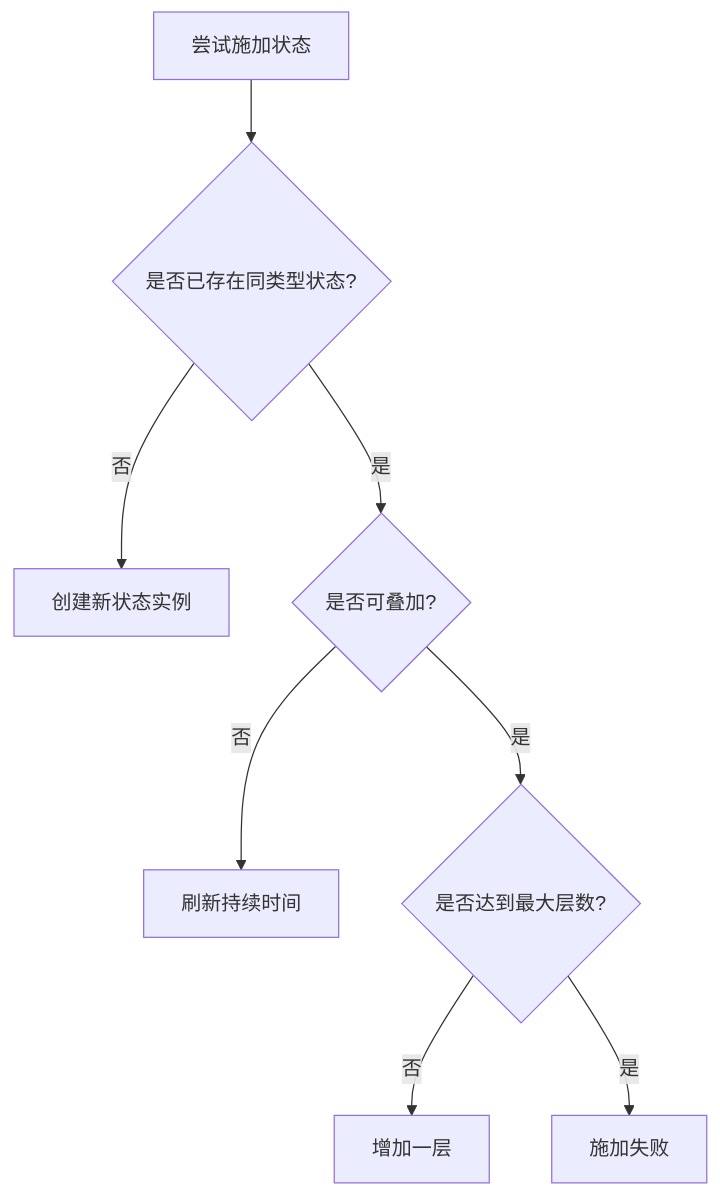
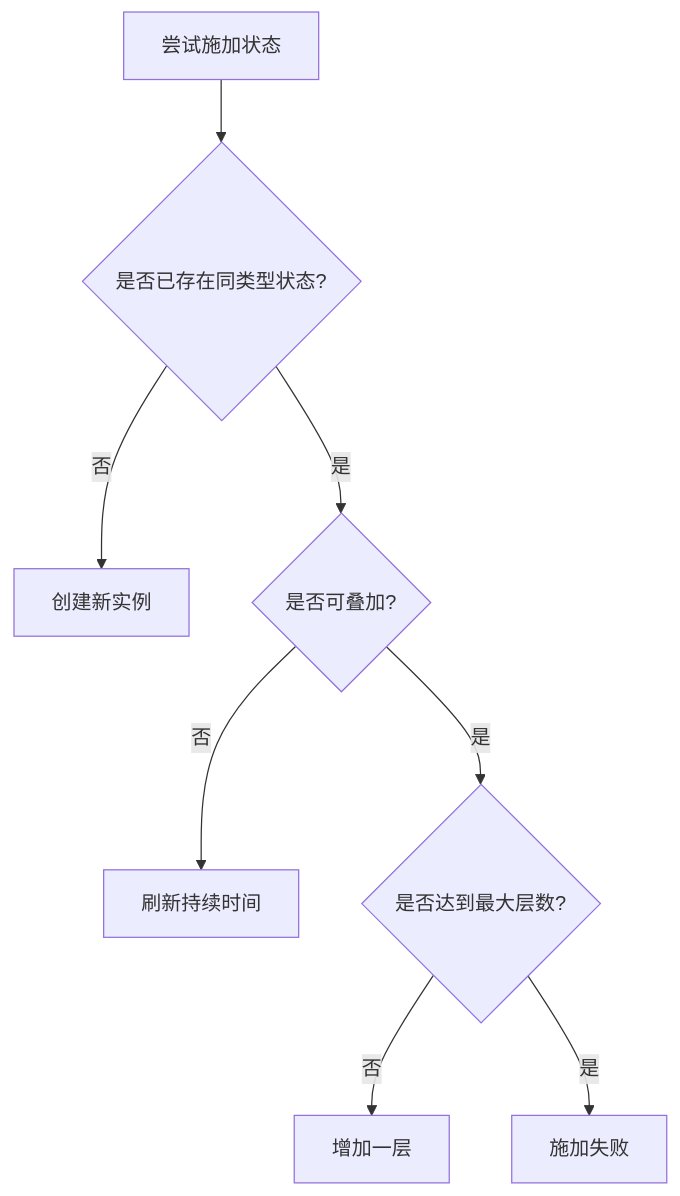
The first of 5 diagrams in .qoder/repowiki/zh/content/核心功能模块/战斗系统/战斗流程/回合执行/状态效果系统.md (ChurchTao/Daoyou), drawn with Mermaid before and after one commit. The commit also changed other lines of this file and 41 other files, not shown here.

````diff
--- a/.qoder/repowiki/zh/content/核心功能模块/战斗系统/战斗流程/回合执行/状态效果系统.md
+++ b/.qoder/repowiki/zh/content/核心功能模块/战斗系统/战斗流程/回合执行/状态效果系统.md
@@ -101,10 +111,10 @@
 ```mermaid
 flowchart TD
 A[尝试施加状态] --> B{是否已存在同类型状态?}
-B --> |否| C[创建新状态实例]
+B --> |否| C[创建新实例]
 B --> |是| D{是否可叠加?}
 D --> |否| E[刷新持续时间]
 D --> |是| F{是否达到最大层数?}
 F --> |否| G[增加一层]
 F --> |是| H[施加失败]
 ```
````
